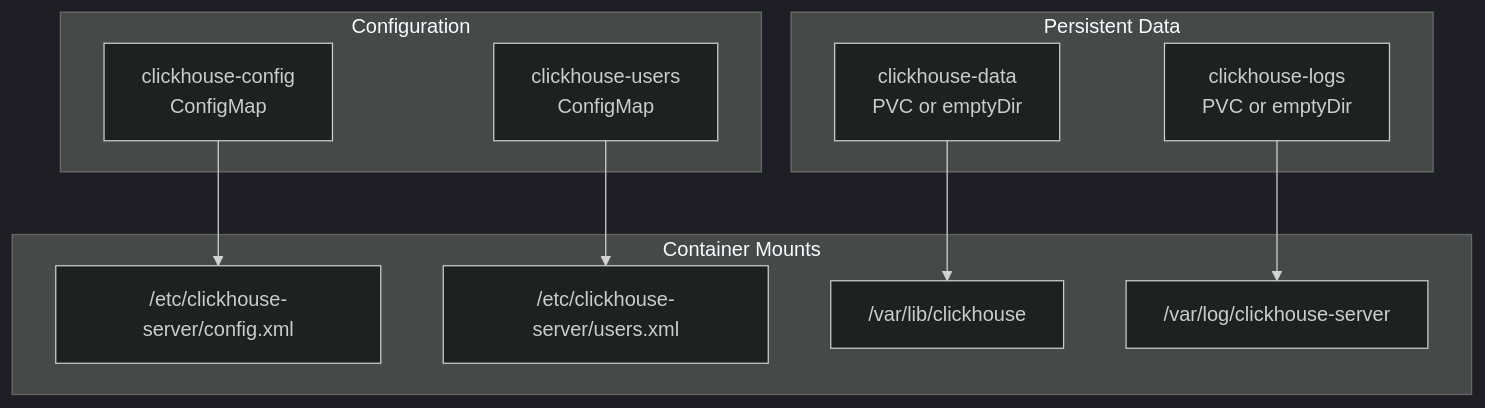
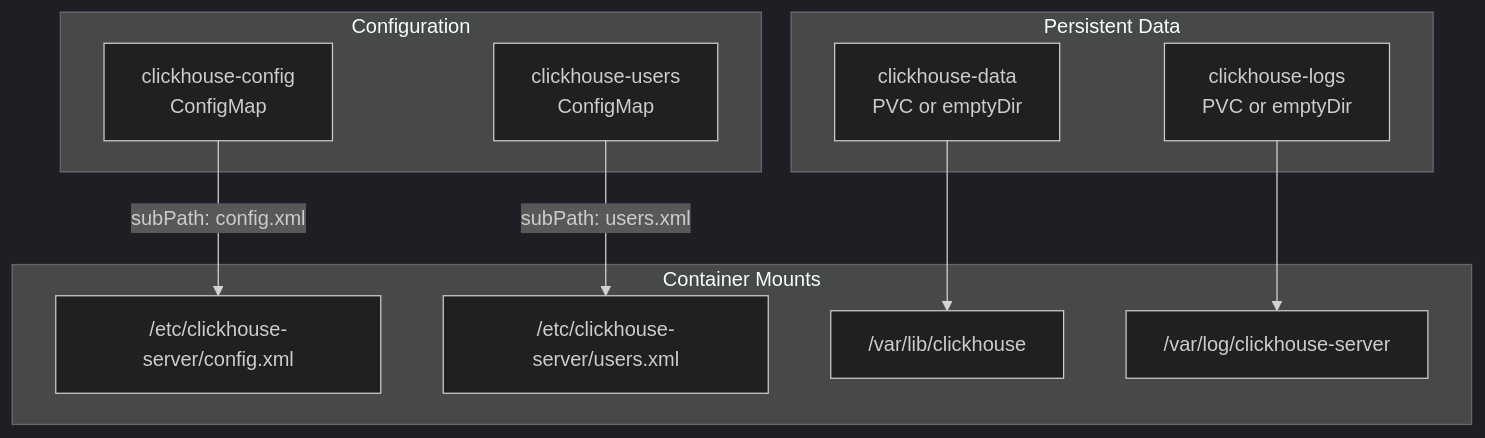
The second of 7 diagrams in docs/hyperdxio-helm-charts-docs/ClickHouse-Database.md (openchoreo/openchoreo), drawn with Mermaid (dark theme) before and after one commit. The commit also changed other lines of this file and 85 other files, not shown here.

Commit message:
feat: Add new workflow and specification templates, update Helm chart dependencies, and clarify documentation diagrams.

````diff
--- a/docs/hyperdxio-helm-charts-docs/ClickHouse-Database.md
+++ b/docs/hyperdxio-helm-charts-docs/ClickHouse-Database.md
@@ -103,34 +103,34 @@
 ```mermaid
 flowchart TD
 
 ConfigMap1["clickhouse-config<br>ConfigMap"]
 ConfigMap2["clickhouse-users<br>ConfigMap"]
 DataVol["clickhouse-data<br>PVC or emptyDir"]
 LogsVol["clickhouse-logs<br>PVC or emptyDir"]
 Mount1["/etc/clickhouse-server/config.xml"]
 Mount2["/etc/clickhouse-server/users.xml"]
 Mount3["/var/lib/clickhouse"]
 Mount4["/var/log/clickhouse-server"]
 
-ConfigMap1 --> Mount1
-ConfigMap2 --> Mount2
+ConfigMap1 -->|"subPath: config.xml"| Mount1
+ConfigMap2 -->|"subPath: users.xml"| Mount2
 DataVol --> Mount3
 LogsVol --> Mount4
 
 subgraph subGraph2 ["Container Mounts"]
     Mount1
     Mount2
     Mount3
     Mount4
 end
 
 subgraph subGraph1 ["Persistent Data"]
     DataVol
     LogsVol
 end
 
 subgraph Configuration ["Configuration"]
     ConfigMap1
     ConfigMap2
 end
 ```
````
